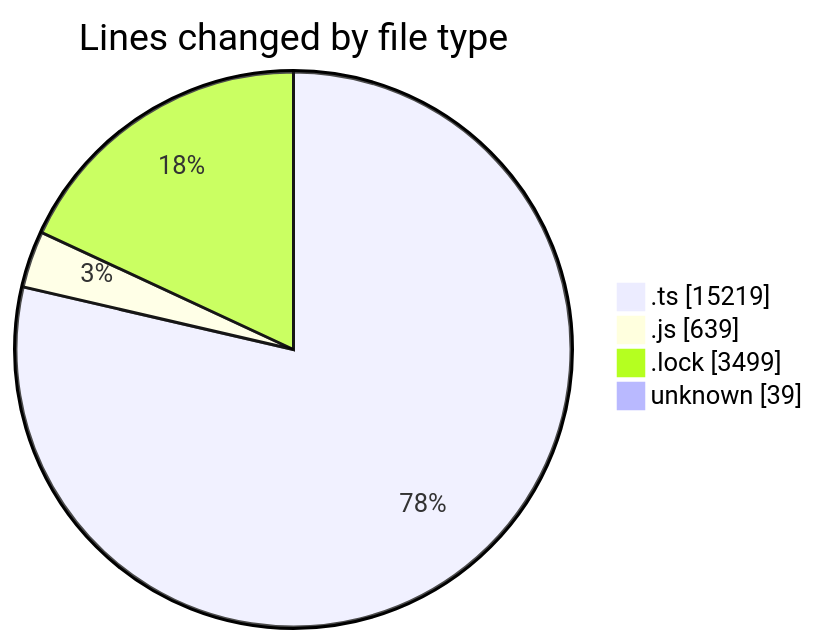
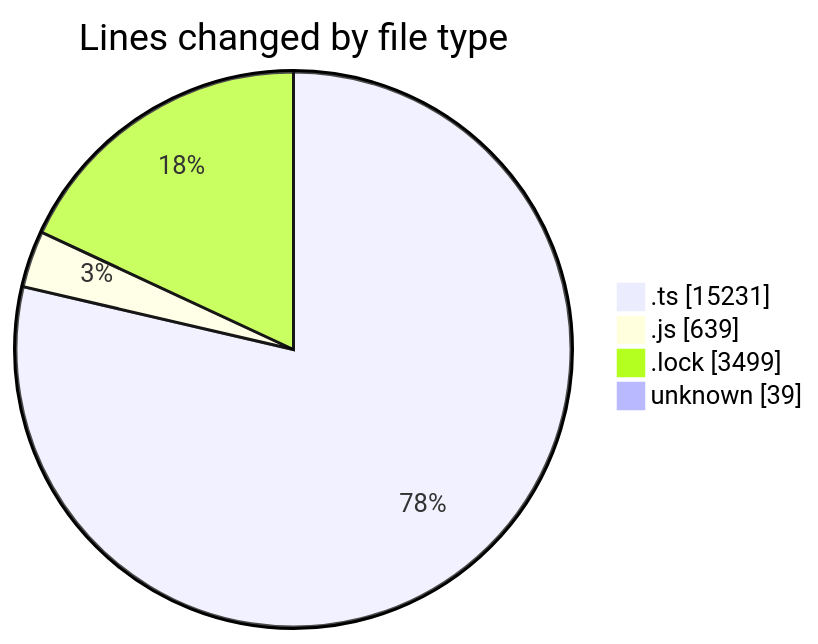
Before and after one commit to momahboobian/code-tracking: the first of 2 diagrams in 2025-05-20/cda/README.md, drawn with Mermaid. The commit also changed other lines of this file and 1 other file, not shown here.

````diff
--- a/2025-05-20/cda/README.md
+++ b/2025-05-20/cda/README.md
@@ -31,8 +31,8 @@
 ```mermaid
 pie showData
 title Lines changed by file type
-".ts" : 15219
+".ts" : 15231
 ".js" : 639
 ".lock" : 3499
 "unknown" : 39
 ```
````
